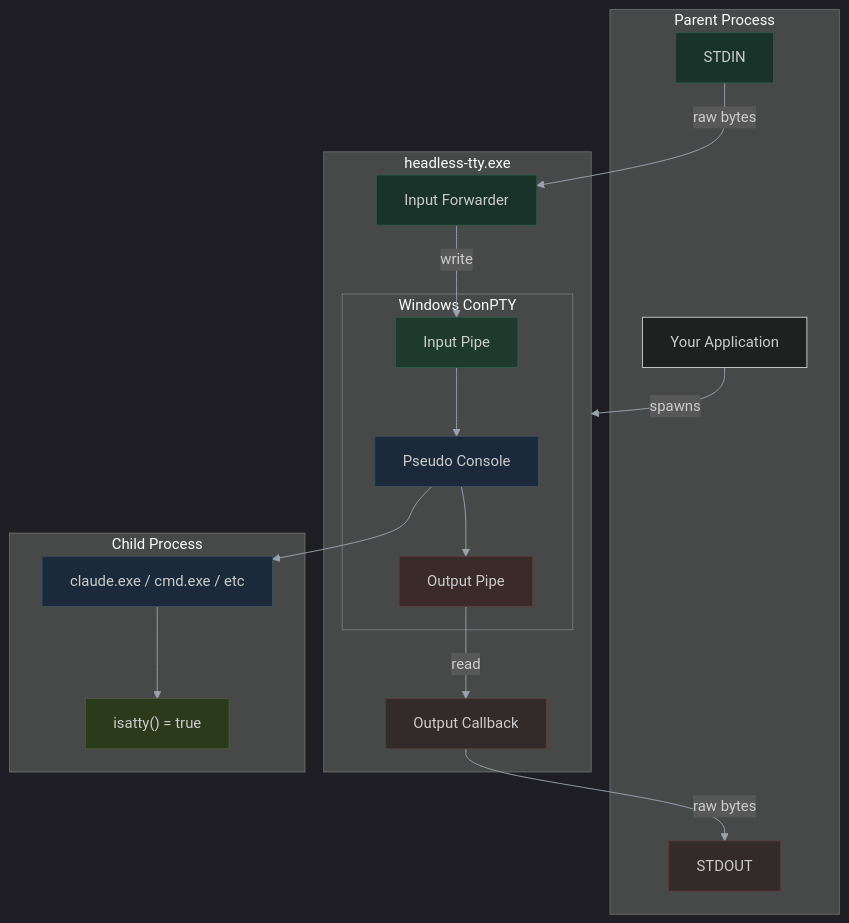
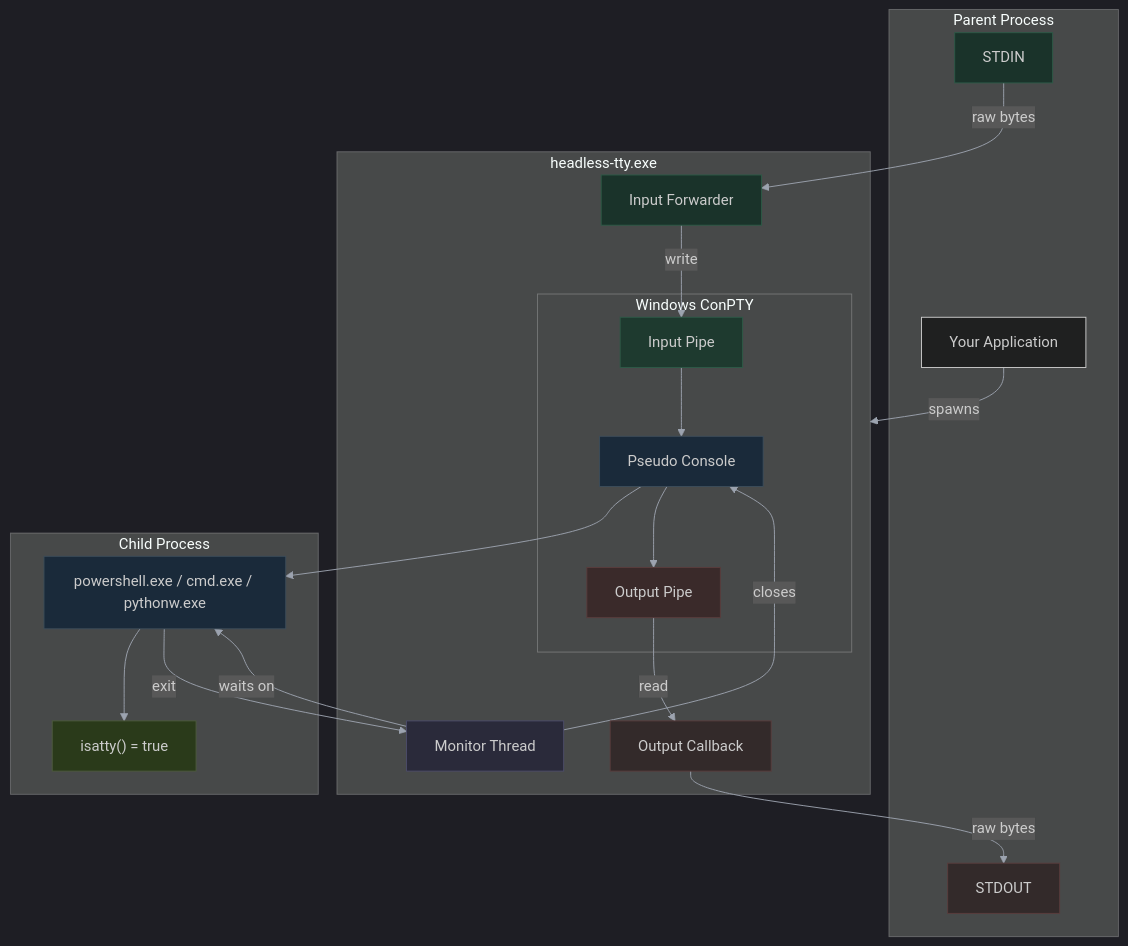
The first of 4 diagrams in README.md (revoconner/Headless-TTY), drawn with Mermaid before and after one commit. The commit also changed other lines of this file and 6 other files, not shown here.

````diff
--- a/README.md
+++ b/README.md
@@ -150,45 +160,50 @@
 ```mermaid
 %%{init: {'theme': 'dark', 'themeVariables': { 'primaryColor': '#1f2937', 'primaryTextColor': '#f3f4f6', 'primaryBorderColor': '#4b5563', 'lineColor': '#9ca3af', 'secondaryColor': '#374151', 'tertiaryColor': '#111827'}}}%%
 flowchart TB
     subgraph parent["Parent Process"]
         app["Your Application"]
         stdin["STDIN"]
         stdout["STDOUT"]
     end
 
     subgraph htty["headless-tty.exe"]
         fwd["Input Forwarder"]
         cb["Output Callback"]
+        mon["Monitor Thread"]
 
         subgraph pty["Windows ConPTY"]
             pc["Pseudo Console"]
             pin["Input Pipe"]
             pout["Output Pipe"]
         end
     end
 
     subgraph child["Child Process"]
-        proc["claude.exe / cmd.exe / etc"]
+        proc["powershell.exe / cmd.exe / pythonw.exe"]
         tty["isatty() = true"]
     end
 
     app -->|"spawns"| htty
     stdin -->|"raw bytes"| fwd
     fwd -->|"write"| pin
     pin --> pc
     pc --> proc
     proc --> tty
     pc --> pout
     pout -->|"read"| cb
     cb -->|"raw bytes"| stdout
+    mon -->|"waits on"| proc
+    proc -->|"exit"| mon
+    mon -->|"closes"| pc
 
     style stdin fill:#1a332a,stroke:#2d5a47
+    style mon fill:#2a2a3a,stroke:#4d4d6a
     style fwd fill:#1a332a,stroke:#2d5a47
     style pin fill:#1e3a2f,stroke:#2d5a47
     style stdout fill:#332a2a,stroke:#5a3d3d
     style cb fill:#332a2a,stroke:#5a3d3d
     style pout fill:#3a2a2a,stroke:#5a3d3d
     style pc fill:#1a2a3a,stroke:#3d4d5a
     style proc fill:#1a2a3a,stroke:#3d4d5a
     style tty fill:#2a3a1a,stroke:#4d5a3d
 ```
````
